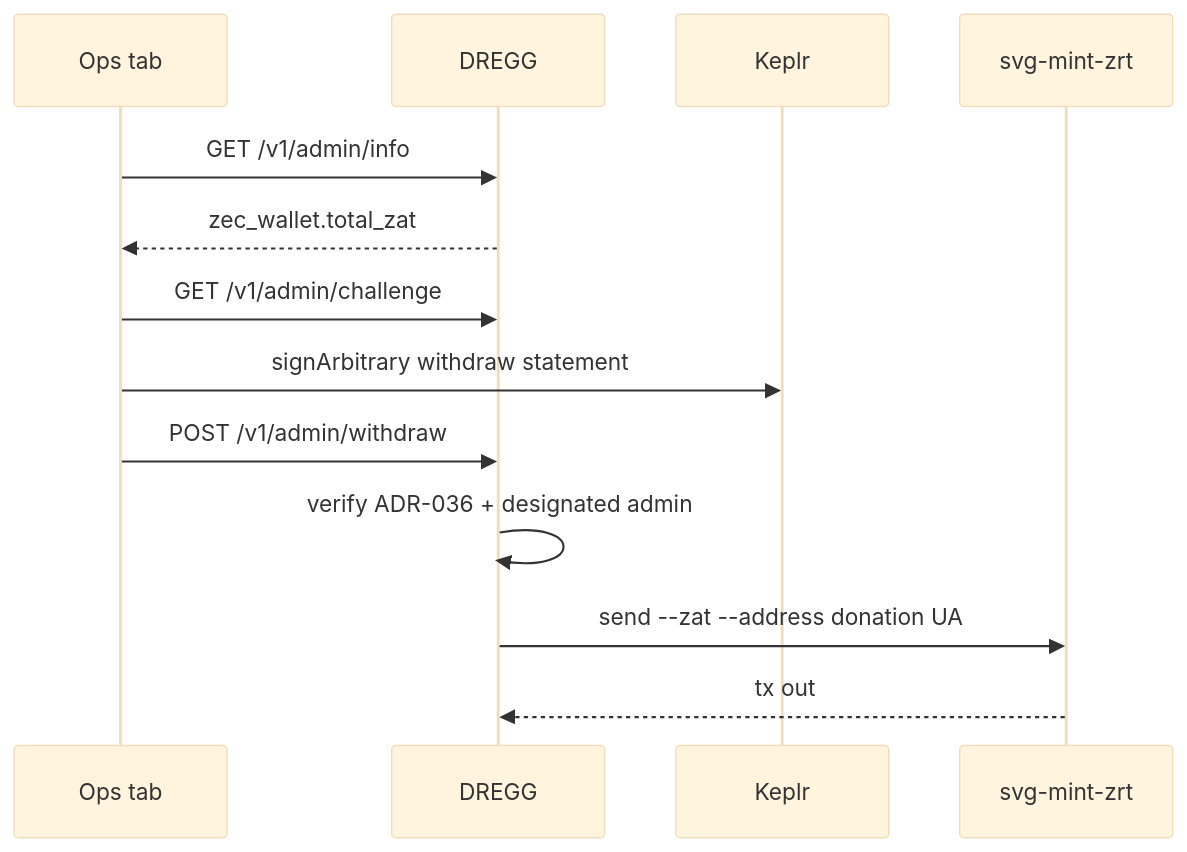
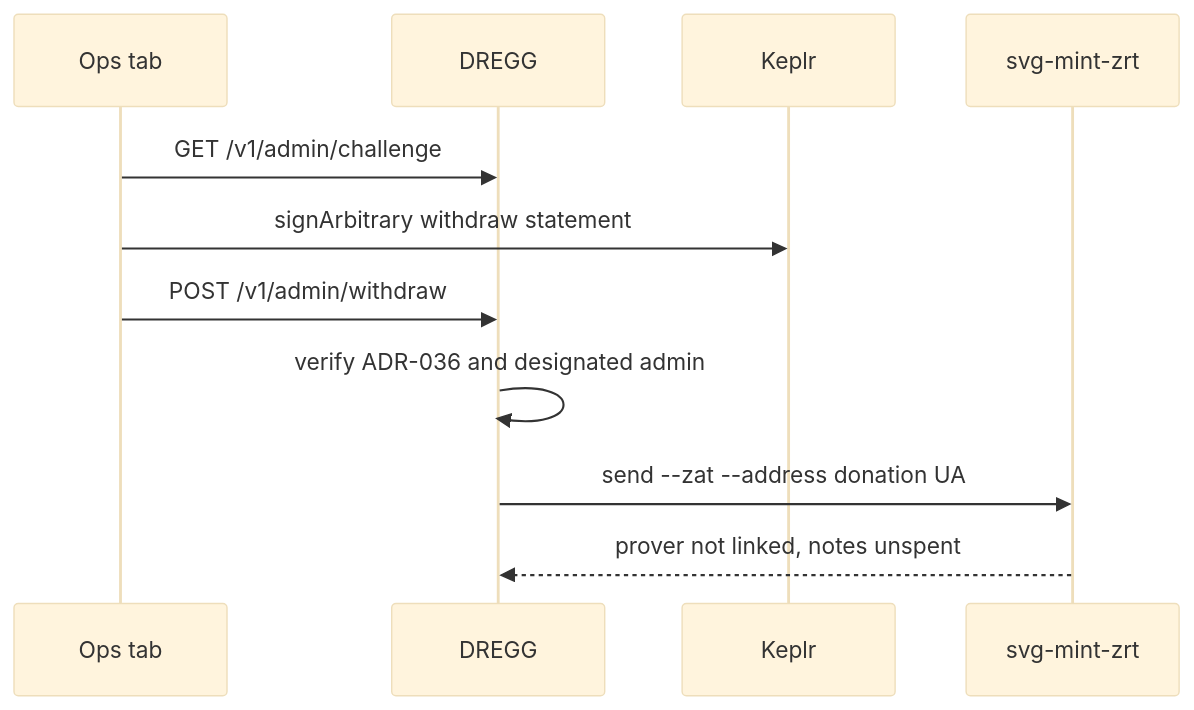
Before and after one commit to terpnetwork/terp-rs: the diagram in tools/svg-mint/docs/vocs/pages/ops.mdx, drawn with Mermaid (base theme). The commit also changed other lines of this file and 20 other files, not shown here.

````diff
--- a/tools/svg-mint/docs/vocs/pages/ops.mdx
+++ b/tools/svg-mint/docs/vocs/pages/ops.mdx
@@ -24,15 +25,13 @@
 ```mermaid
 sequenceDiagram
   participant Ops as Ops tab
   participant D as DREGG
   participant K as Keplr
   participant Z as svg-mint-zrt
-  Ops->>D: GET /v1/admin/info
-  D-->>Ops: zec_wallet.total_zat
   Ops->>D: GET /v1/admin/challenge
   Ops->>K: signArbitrary withdraw statement
   Ops->>D: POST /v1/admin/withdraw
-  D->>D: verify ADR-036 + designated admin
+  D->>D: verify ADR-036 and designated admin
   D->>Z: send --zat --address donation UA
-  Z-->>D: tx out
+  Z-->>D: prover not linked, notes unspent
 ```
````
